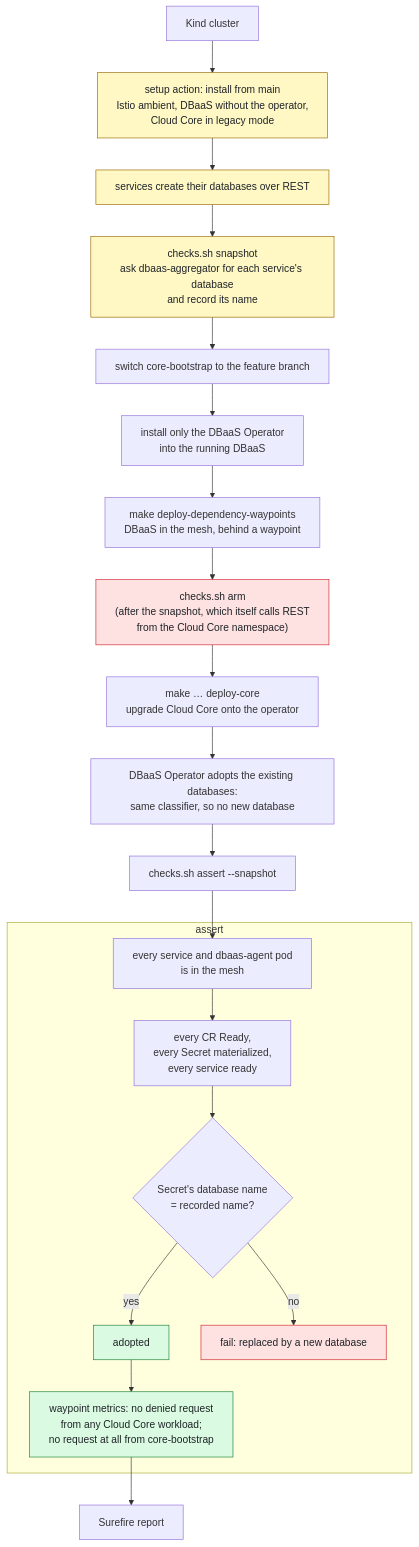
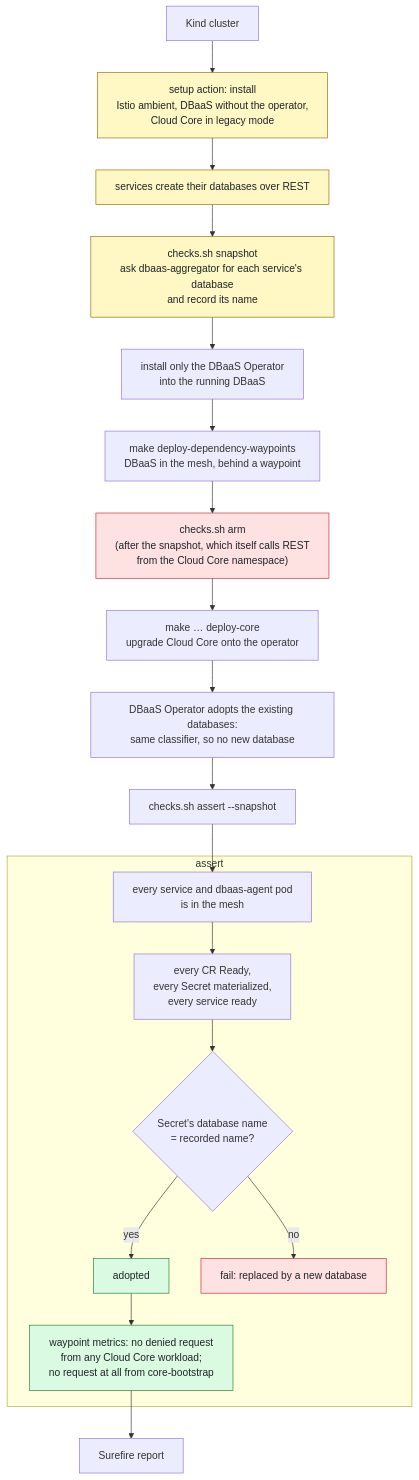
The third of 3 diagrams in dbaas-operator-tests/README.md (Netcracker/qubership-core-test-apps), drawn with Mermaid before and after one commit. The commit also changed other lines of this file and 1 other file, not shown here.

First line of the commit message:
ci: run the DBaaS Operator tests against main

````diff
--- a/dbaas-operator-tests/README.md
+++ b/dbaas-operator-tests/README.md
@@ -127,32 +127,31 @@
 ```mermaid
 %%{init: {"flowchart": {"wrappingWidth": 320}}}%%
 flowchart TD
-    A["Kind cluster"] --> B["setup action: install from main<br/>Istio ambient, DBaaS without the operator,<br/>Cloud Core in legacy mode"]
+    A["Kind cluster"] --> B["setup action: install<br/>Istio ambient, DBaaS without the operator,<br/>Cloud Core in legacy mode"]
     B --> C["services create their databases over REST"]
     C --> D["checks.sh snapshot<br/>ask dbaas-aggregator for each service's database<br/>and record its name"]
-    D --> E["switch core-bootstrap to the feature branch"]
-    E --> F["install only the DBaaS Operator<br/>into the running DBaaS"]
+    D --> F["install only the DBaaS Operator<br/>into the running DBaaS"]
     F --> F2["make deploy-dependency-waypoints<br/>DBaaS in the mesh, behind a waypoint"]
     F2 --> G["checks.sh arm<br/>(after the snapshot, which itself calls REST<br/>from the Cloud Core namespace)"]
     G --> H["make … deploy-core<br/>upgrade Cloud Core onto the operator"]
     H --> I["DBaaS Operator adopts the existing databases:<br/>same classifier, so no new database"]
     I --> J["checks.sh assert --snapshot"]
 
     subgraph assert["assert"]
         J1["every service and dbaas-agent pod<br/>is in the mesh"] --> J2["every CR Ready,<br/>every Secret materialized,<br/>every service ready"]
         J2 --> J3{"Secret's database name<br/>= recorded name?"}
         J3 -- "yes" --> J4["adopted"]
         J3 -- "no" --> J5["fail: replaced by a new database"]
         J4 --> J6["waypoint metrics: no denied request<br/>from any Cloud Core workload;<br/>no request at all from core-bootstrap"]
     end
 
     J --> J1
     J6 --> R["Surefire report"]
 
     classDef legacy fill:#fff8c5,stroke:#9a6700,color:#1f2328
     classDef trap fill:#fde2e1,stroke:#cf222e,color:#1f2328
     classDef proof fill:#dafbe1,stroke:#1a7f37,color:#1f2328
     class B,C,D legacy
     class G,J5 trap
     class J4,J6 proof
 ```
````
